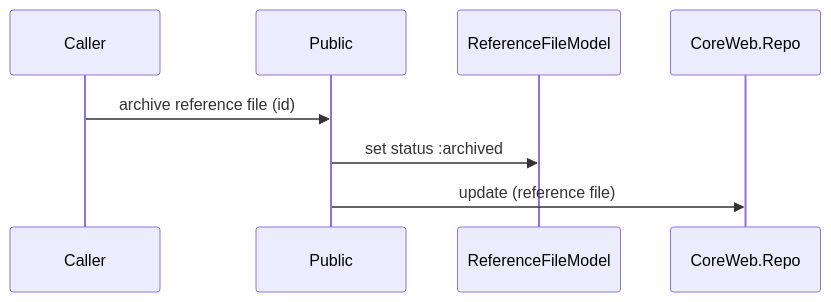
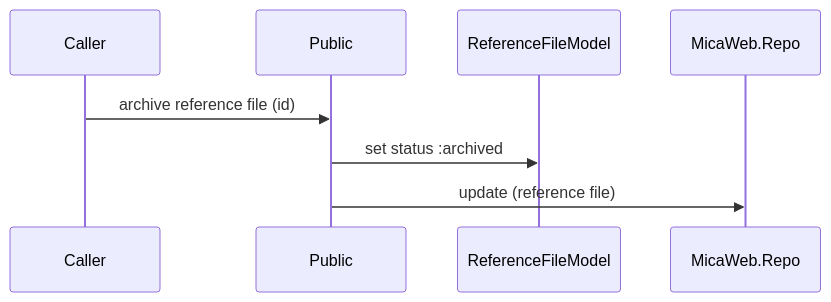
The sixth of 6 diagrams in core/next/systems/paper/docs/overview.md (eyra/mono), drawn with Mermaid before and after one commit. The commit also changed other lines of this file and 1706 other files, not shown here.

````diff
--- a/core/next/systems/paper/docs/overview.md
+++ b/core/next/systems/paper/docs/overview.md
@@ -69,7 +69,7 @@
 ```mermaid
 sequenceDiagram
     Caller->>Public: archive reference file (id)
     Public->>ReferenceFileModel: set status :archived
-    Public ->> CoreWeb.Repo: update (reference file)
+    Public ->> MicaWeb.Repo: update (reference file)
 
 ```
````
